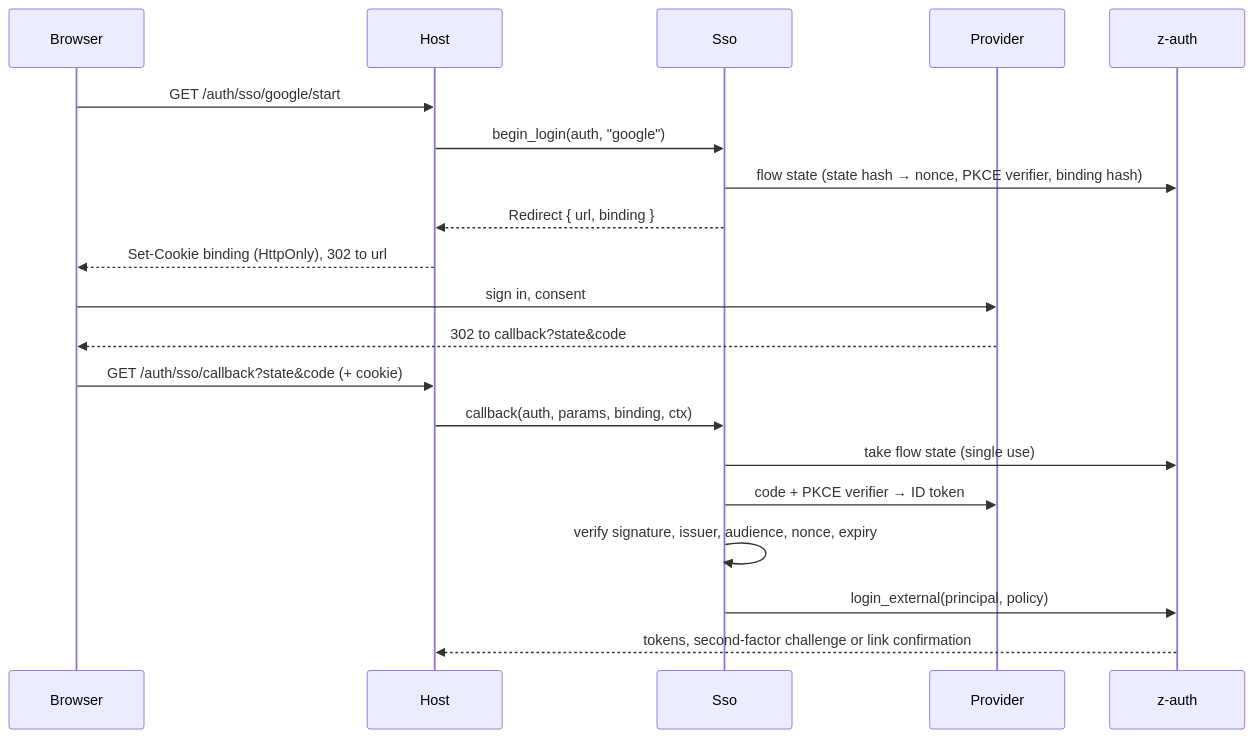
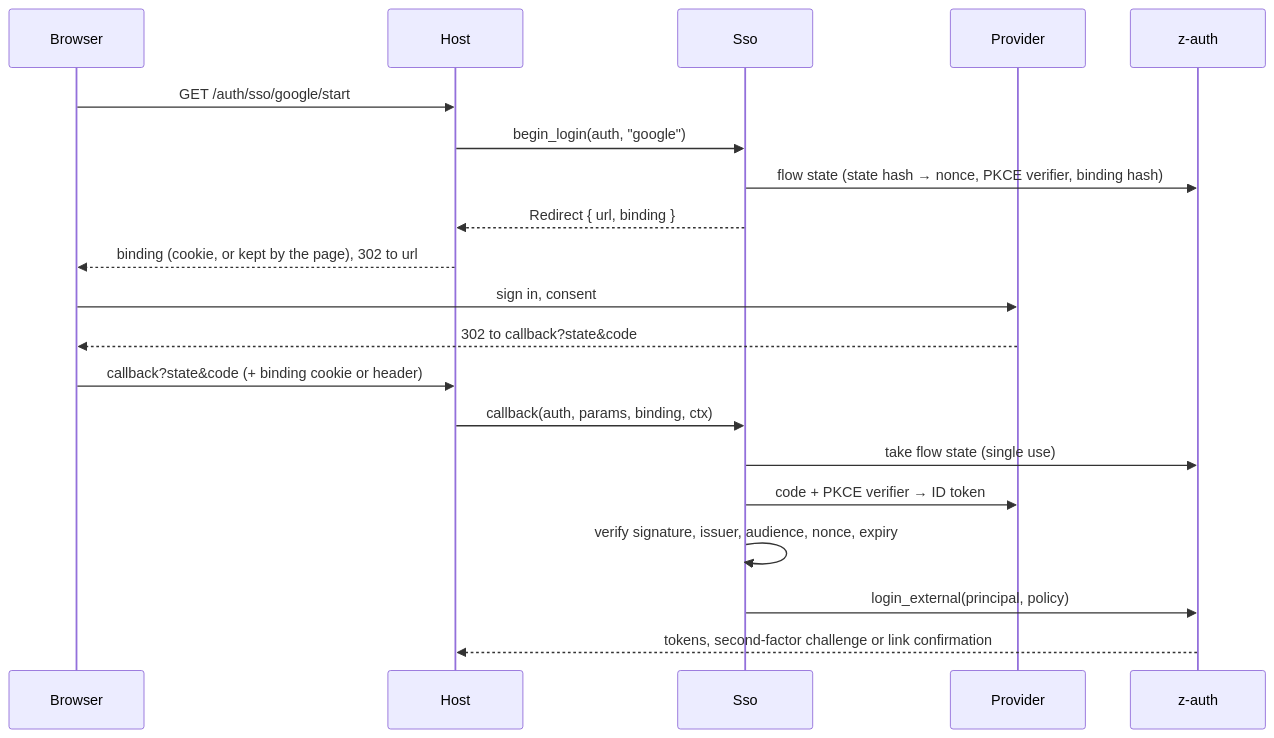
One commit to eugenezimin/auth-lib changed the diagram in adapters/sso/README.md. Above: the diagram before and after it, drawn with Mermaid. The commit also changed other lines of this file and 13 other files, not shown here.

First line of the commit message:
Make the SSO browser binding's transport configurable

````diff
--- a/adapters/sso/README.md
+++ b/adapters/sso/README.md
@@ -47,22 +47,22 @@
 ```mermaid
 sequenceDiagram
     participant B as Browser
     participant H as Host
     participant S as Sso
     participant P as Provider
     participant Z as z-auth
     B->>H: GET /auth/sso/google/start
     H->>S: begin_login(auth, "google")
     S->>Z: flow state (state hash → nonce, PKCE verifier, binding hash)
     S-->>H: Redirect { url, binding }
-    H-->>B: Set-Cookie binding (HttpOnly), 302 to url
+    H-->>B: binding (cookie, or kept by the page), 302 to url
     B->>P: sign in, consent
     P-->>B: 302 to callback?state&code
-    B->>H: GET /auth/sso/callback?state&code (+ cookie)
+    B->>H: callback?state&code (+ binding cookie or header)
     H->>S: callback(auth, params, binding, ctx)
     S->>Z: take flow state (single use)
     S->>P: code + PKCE verifier → ID token
     S->>S: verify signature, issuer, audience, nonce, expiry
     S->>Z: login_external(principal, policy)
     Z-->>H: tokens, second-factor challenge or link confirmation
 ```
````
